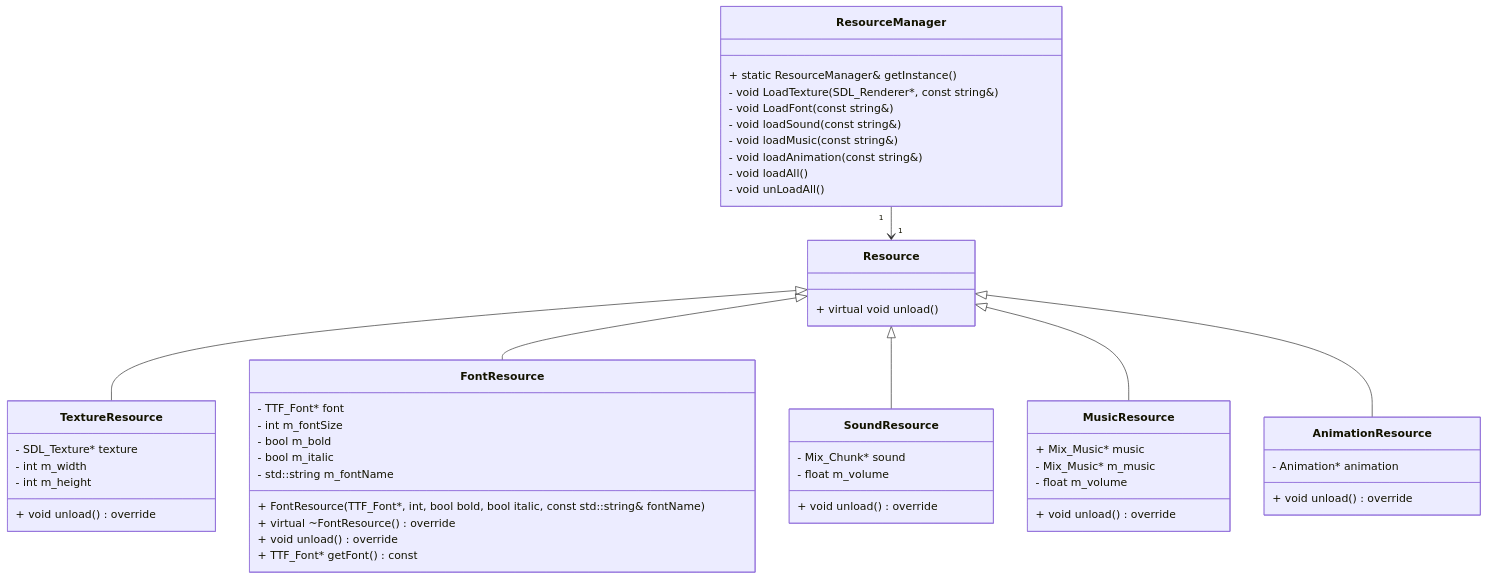
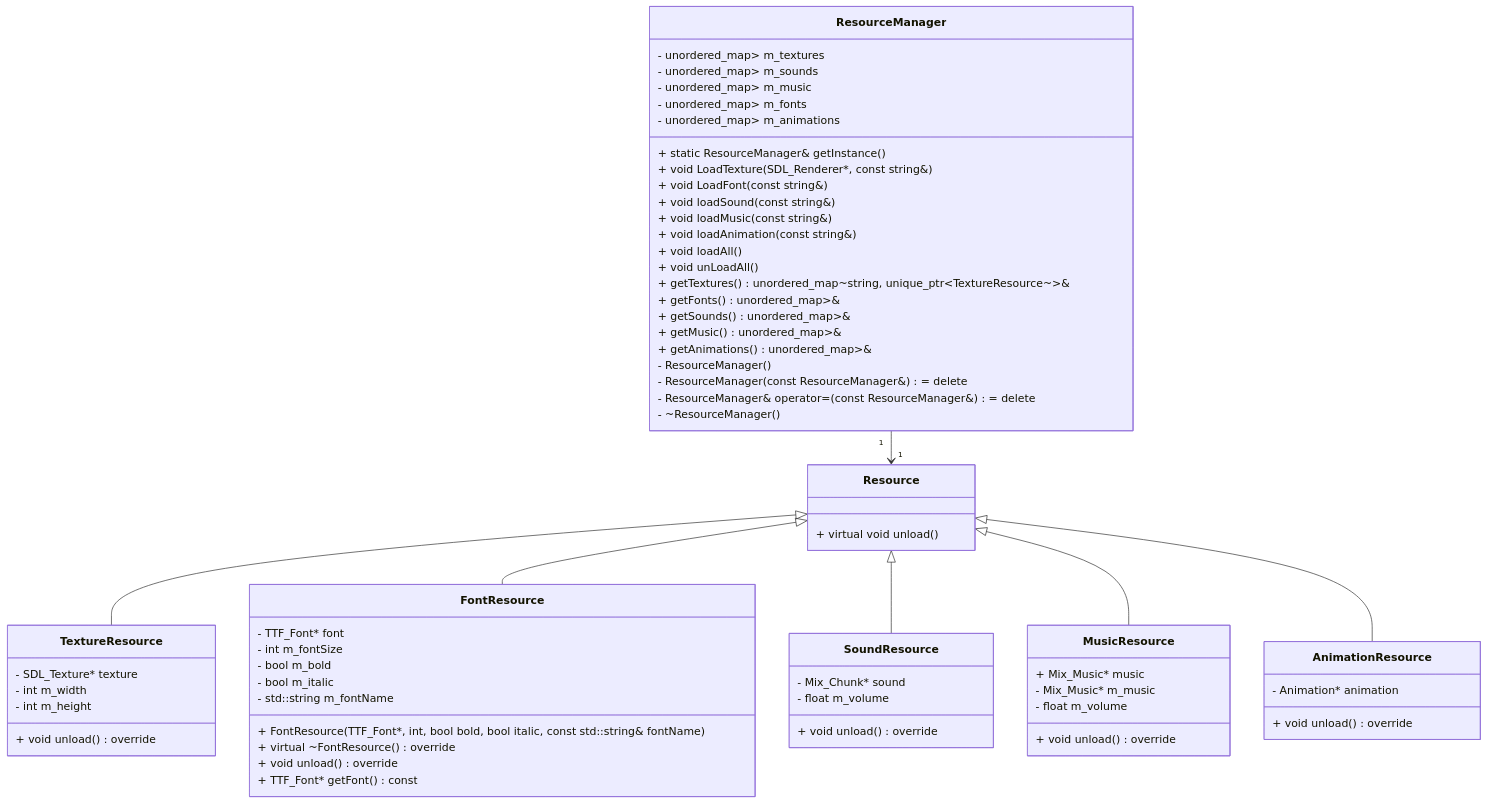
The diagram in design/ResourceManager.md (1716285375/SpaceShip), drawn with Mermaid before and after one commit. The commit also changed 48 other files, not shown here.

Commit message:
add button sound effect  and bg music for menu item

````diff
--- a/design/ResourceManager.md
+++ b/design/ResourceManager.md
@@ -4,63 +4,78 @@
 ```mermaid
 classDiagram
     class ResourceManager {
         + static ResourceManager& getInstance()
-        - void LoadTexture(SDL_Renderer*, const string&)
-        - void LoadFont(const string&)
-        - void loadSound(const string&)
-        - void loadMusic(const string&)
-        - void loadAnimation(const string&)
-        - void loadAll()
-        - void unLoadAll()
+        + void LoadTexture(SDL_Renderer*, const string&)
+        + void LoadFont(const string&)
+        + void loadSound(const string&)
+        + void loadMusic(const string&)
+        + void loadAnimation(const string&)
+        + void loadAll()
+        + void unLoadAll()
+        + getTextures() unordered_map~string, unique_ptr~TextureResource~~&
+        + getFonts() unordered_map<string, unique_ptr<FontResource>>&
+        + getSounds() unordered_map<string, unique_ptr<SoundResource>>&
+        + getMusic() unordered_map<string, unique_ptr<MusicResource>>&
+        + getAnimations() unordered_map<string, unique_ptr<AnimationResource>>&
+        - ResourceManager()
+        - ResourceManager(const ResourceManager&) = delete
+        - ResourceManager& operator=(const ResourceManager&) = delete
+        - ~ResourceManager()
+        - unordered_map<string, unique_ptr<TextureResource>> m_textures
+        - unordered_map<string, unique_ptr<SoundResource>> m_sounds
+        - unordered_map<string, unique_ptr<MusicResource>> m_music
+        - unordered_map<string, unique_ptr<FontResource>> m_fonts
+        - unordered_map<string, unique_ptr<AnimationResource>> m_animations
+
     }
 
     ResourceManager "1"--> "1" Resource
 
     class Resource {
         + virtual void unload()
     }
 
     class TextureResource{
 
         + void unload() override
         - SDL_Texture* texture
         - int m_width
         - int m_height
     }
     class FontResource{
         + FontResource(TTF_Font*, int, bool bold, bool italic,  const std::string& fontName)
         + virtual ~FontResource() override
         + void unload() override
         + TTF_Font* getFont() const
         - TTF_Font* font
         - int m_fontSize
         - bool m_bold
         - bool m_italic
         - std::string m_fontName
     }
 
     class SoundResource{
         
         + void unload() override
         - Mix_Chunk* sound
         - float m_volume
     }
 
     class MusicResource{
         + Mix_Music* music
         + void unload() override
         - Mix_Music* m_music
         - float m_volume
     }
 
     class AnimationResource{
         + void unload() override
         - Animation* animation
     }
 
     Resource <|-- TextureResource
     Resource <|-- FontResource
     Resource <|-- SoundResource
     Resource <|-- MusicResource
     Resource <|-- AnimationResource
 ```
````
